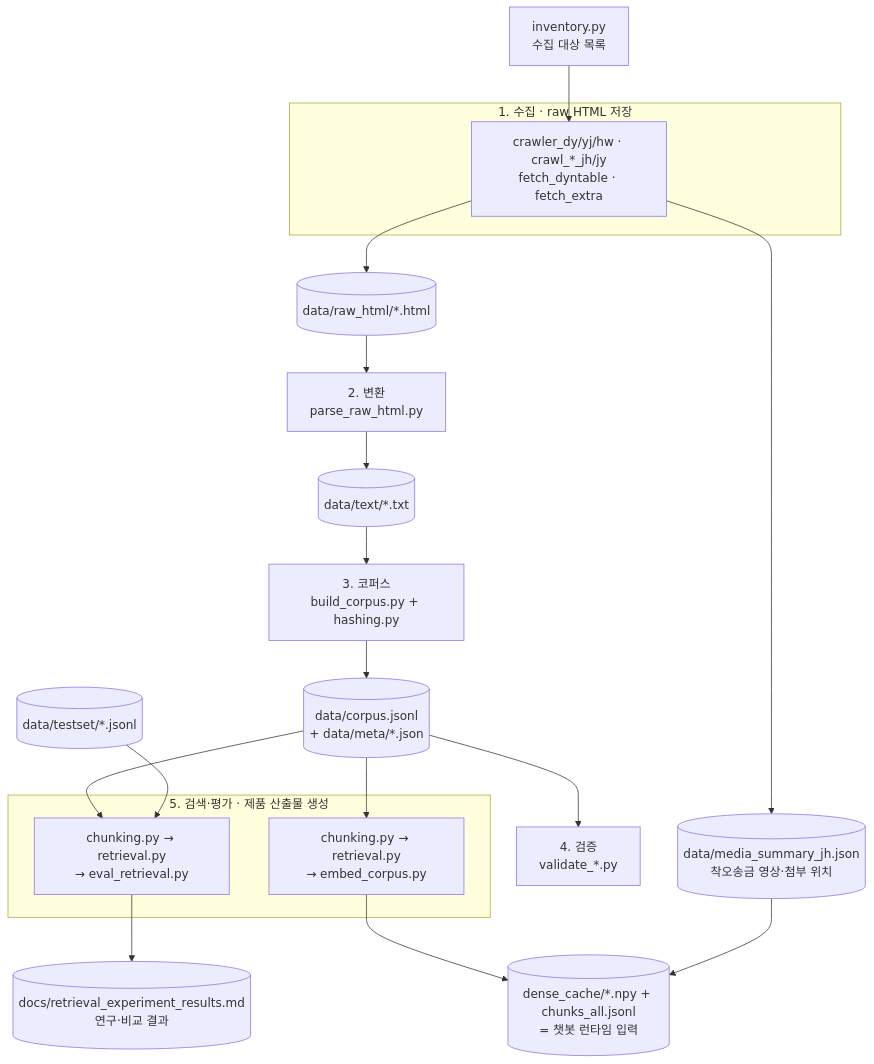
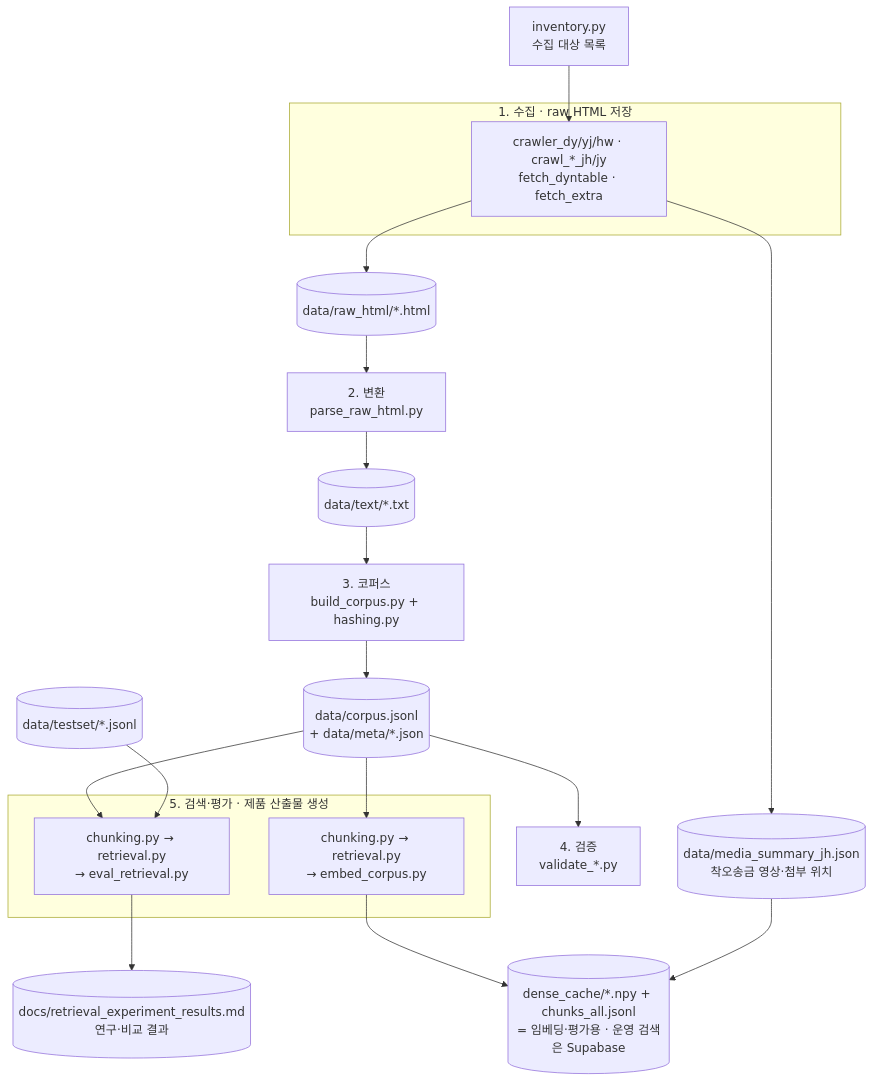
The diagram in docs/CODEBASE.md (likelion-8/kdic-crawler), drawn with Mermaid before and after one commit. The commit also changed other lines of this file and 3 other files, not shown here.

````diff
--- a/docs/CODEBASE.md
+++ b/docs/CODEBASE.md
@@ -8,24 +12,24 @@
 ```mermaid
 flowchart TD
     INV[inventory.py<br/>수집 대상 목록] --> CRAWL
     subgraph S1[1. 수집 · raw HTML 저장]
       CRAWL[crawler_dy/yj/hw · crawl_*_jh/jy<br/>fetch_dyntable · fetch_extra]
     end
     CRAWL --> RAW[(data/raw_html/*.html)]
     CRAWL --> MEDIA[(data/media_summary_jh.json<br/>착오송금 영상·첨부 위치)]
     RAW --> PARSE[2. 변환<br/>parse_raw_html.py]
     PARSE --> TXT[(data/text/*.txt)]
     TXT --> BUILD[3. 코퍼스<br/>build_corpus.py + hashing.py]
     BUILD --> CORP[(data/corpus.jsonl<br/>+ data/meta/*.json)]
     CORP --> VAL[4. 검증<br/>validate_*.py]
     CORP --> RET
     CORP --> EMB
     TESTSET[(data/testset/*.jsonl)] --> RET
     subgraph S5[5. 검색·평가 · 제품 산출물 생성]
       RET[chunking.py → retrieval.py<br/>→ eval_retrieval.py]
       EMB[chunking.py → retrieval.py<br/>→ embed_corpus.py]
     end
     RET --> DOCS[(docs/retrieval_experiment_results.md<br/>연구·비교 결과)]
-    EMB --> PROD[(dense_cache/*.npy + chunks_all.jsonl<br/>= 챗봇 런타임 입력)]
+    EMB --> PROD[(dense_cache/*.npy + chunks_all.jsonl<br/>= 임베딩·평가용 · 운영 검색은 Supabase)]
     MEDIA --> PROD
 ```
````
